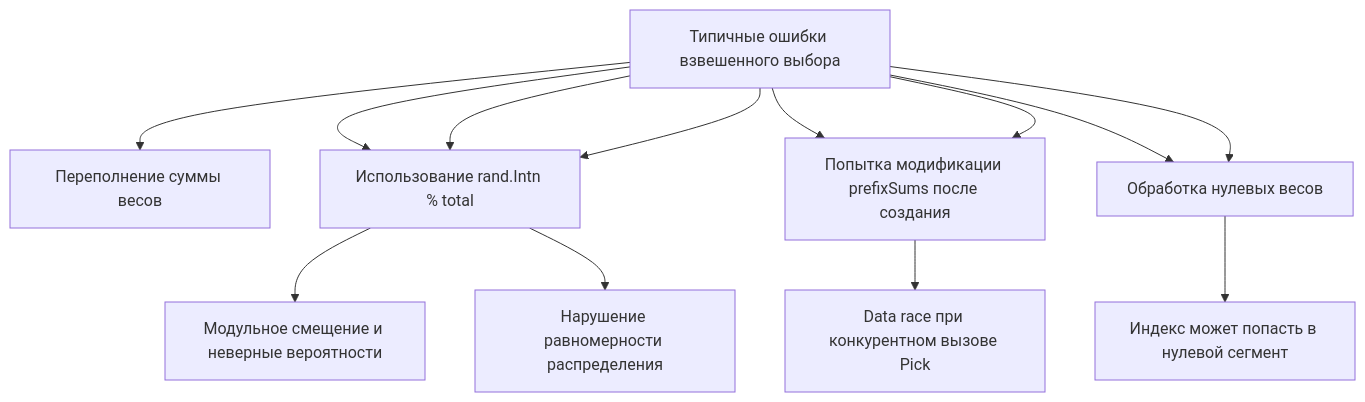
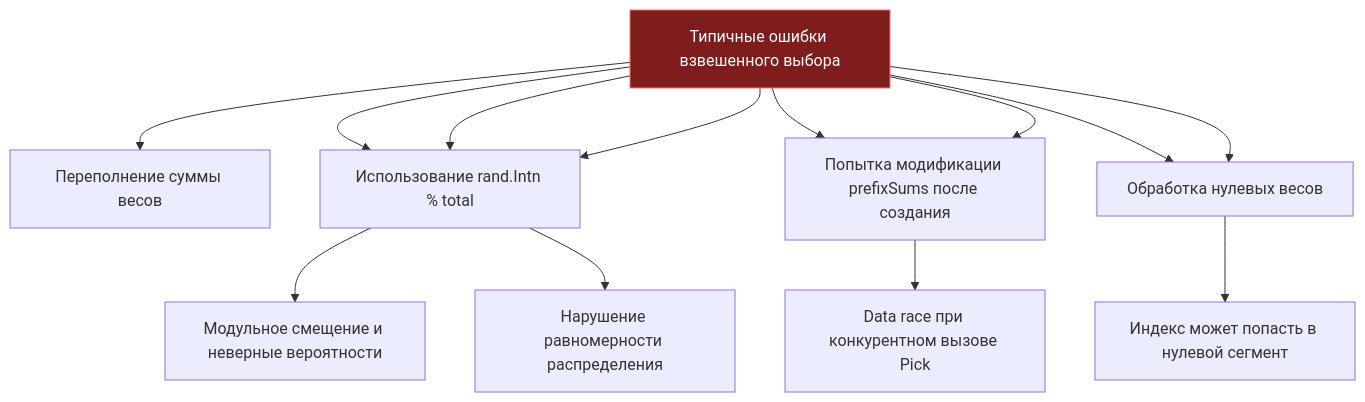
The second of 2 diagrams in sources/21. Задачи с LeetCode и собеседований на Go/02. Задачи/27. Рандомизированные алгоритмы/3. Random Pick with Weight.md (UnrealTemplier/go-textbook), drawn with Mermaid before and after one commit. The commit also changed other lines of this file and 1666 other files, not shown here.

First line of the commit message:
feat(mermaid): add semantic color classDef to 1369 colorless flowchart/graph diagrams

````diff
--- a/sources/21. Задачи с LeetCode и собеседований на Go/02. Задачи/27. Рандомизированные алгоритмы/3. Random Pick with Weight.md
+++ b/sources/21. Задачи с LeetCode и собеседований на Go/02. Задачи/27. Рандомизированные алгоритмы/3. Random Pick with Weight.md
@@ -113,11 +123,21 @@
 ```mermaid
 flowchart TD
-  A["Типичные ошибки взвешенного выбора"] --> B["Переполнение суммы весов"]
+    classDef process  fill:#1e293b,stroke:#38bdf8,stroke-width:1px,color:#f8fafc
+    classDef success  fill:#064e3b,stroke:#34d399,stroke-width:1px,color:#f8fafc
+    classDef error    fill:#7f1d1d,stroke:#f87171,stroke-width:1px,color:#f8fafc
+    classDef warning  fill:#78350f,stroke:#fbbf24,stroke-width:1px,color:#f8fafc
+    classDef entry    fill:#1e3a5f,stroke:#38bdf8,stroke-width:2px,color:#f8fafc
+    classDef aux      fill:#334155,stroke:#64748b,stroke-width:1px,color:#f8fafc
+    classDef system   fill:#312e81,stroke:#a78bfa,stroke-width:1px,color:#f8fafc
+    classDef data     fill:#132d29,stroke:#2dd4bf,stroke-width:1px,color:#f8fafc
+    classDef network  fill:#881337,stroke:#fb7185,stroke-width:1px,color:#f8fafc
+    classDef accent   fill:#1e1b4b,stroke:#818cf8,stroke-width:1px,color:#f8fafc
+  A["Типичные ошибки взвешенного выбора"]:::error --> B["Переполнение суммы весов"]
   A --> C["Использование rand.Intn % total"]
   A --> C --> D["Модульное смещение и неверные вероятности"]
   A --> C --> E["Нарушение равномерности распределения"]
   A --> F["Попытка модификации prefixSums после создания"]
   A --> F --> G["Data race при конкурентном вызове Pick"]
   A --> H["Обработка нулевых весов"]
   A --> H --> I["Индекс может попасть в нулевой сегмент"]
 ```
````
